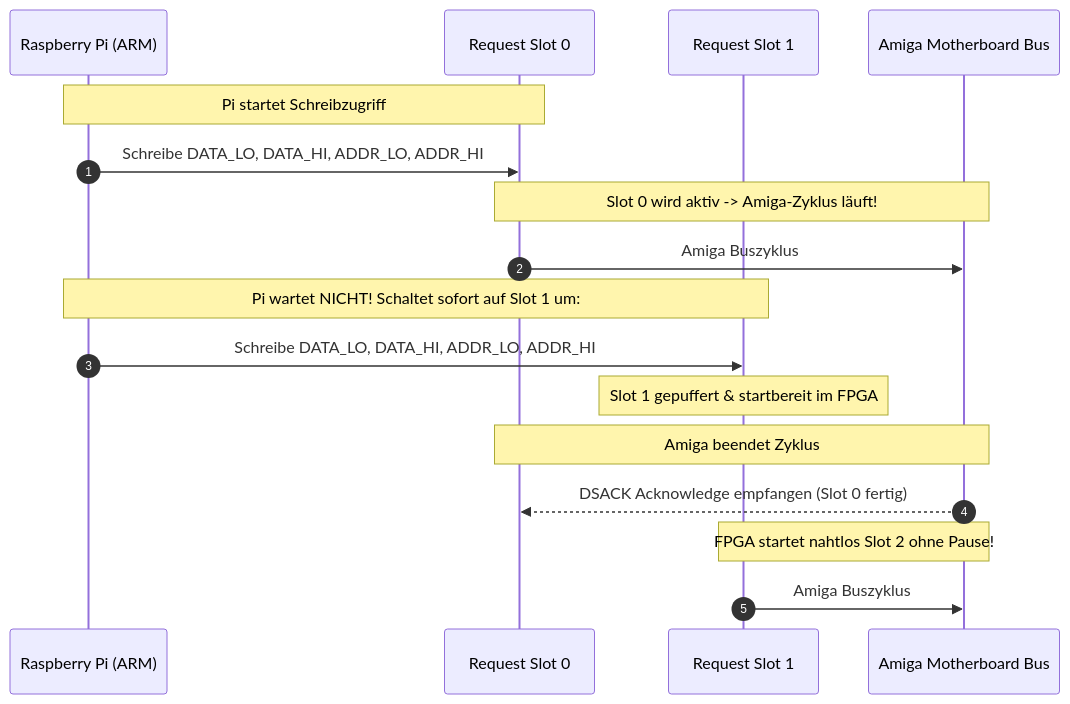
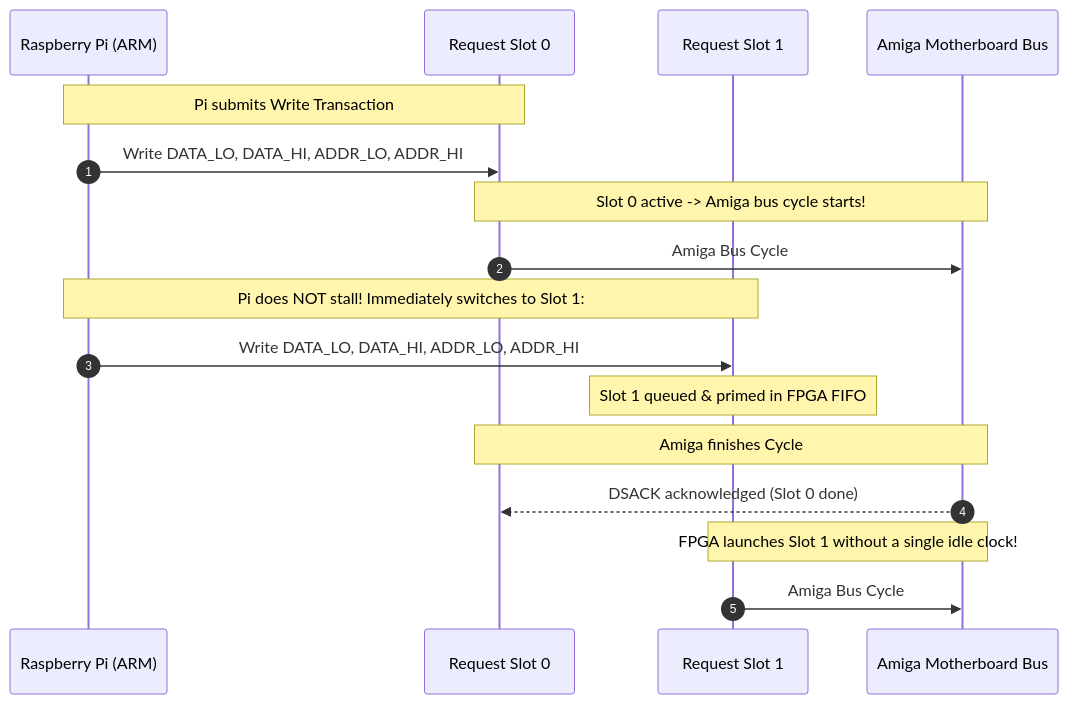
Before and after one commit to PiStorm/pistorm32-lite-gateware: the third of 5 diagrams in DOCS/HOW_IT_WORKS.md, drawn with Mermaid. The commit also changed other lines of this file and 5 other files, not shown here.

````diff
--- a/DOCS/HOW_IT_WORKS.md
+++ b/DOCS/HOW_IT_WORKS.md
@@ -143,23 +143,23 @@
 ```mermaid
 sequenceDiagram
     autonumber
     participant Pi as Raspberry Pi (ARM)
     participant Slot0 as Request Slot 0
     participant Slot1 as Request Slot 1
     participant Bus as Amiga Motherboard Bus
 
-    Note over Pi,Slot0: Pi startet Schreibzugriff #1
-    Pi->>Slot0: Schreibe DATA_LO, DATA_HI, ADDR_LO, ADDR_HI
-    Note over Slot0,Bus: Slot 0 wird aktiv -> Amiga-Zyklus läuft!
-    Slot0->>Bus: Amiga Buszyklus #1 (Dauer: 560 ns)
+    Note over Pi,Slot0: Pi submits Write Transaction #1
+    Pi->>Slot0: Write DATA_LO, DATA_HI, ADDR_LO, ADDR_HI
+    Note over Slot0,Bus: Slot 0 active -> Amiga bus cycle starts!
+    Slot0->>Bus: Amiga Bus Cycle #1 (Duration: 560 ns)
 
-    Note over Pi,Slot1: Pi wartet NICHT! Schaltet sofort auf Slot 1 um:
-    Pi->>Slot1: Schreibe DATA_LO, DATA_HI, ADDR_LO, ADDR_HI
-    Note over Slot1: Slot 1 gepuffert & startbereit im FPGA
+    Note over Pi,Slot1: Pi does NOT stall! Immediately switches to Slot 1:
+    Pi->>Slot1: Write DATA_LO, DATA_HI, ADDR_LO, ADDR_HI
+    Note over Slot1: Slot 1 queued & primed in FPGA FIFO
 
-    Note over Bus,Slot0: Amiga beendet Zyklus #1
-    Bus-->>Slot0: DSACK Acknowledge empfangen (Slot 0 fertig)
+    Note over Bus,Slot0: Amiga finishes Cycle #1
+    Bus-->>Slot0: DSACK acknowledged (Slot 0 done)
     
-    Note over Slot1,Bus: FPGA startet nahtlos Slot 2 ohne Pause!
-    Slot1->>Bus: Amiga Buszyklus #2 (Dauer: 560 ns)
+    Note over Slot1,Bus: FPGA launches Slot 1 without a single idle clock!
+    Slot1->>Bus: Amiga Bus Cycle #2 (Duration: 560 ns)
 ```
````
